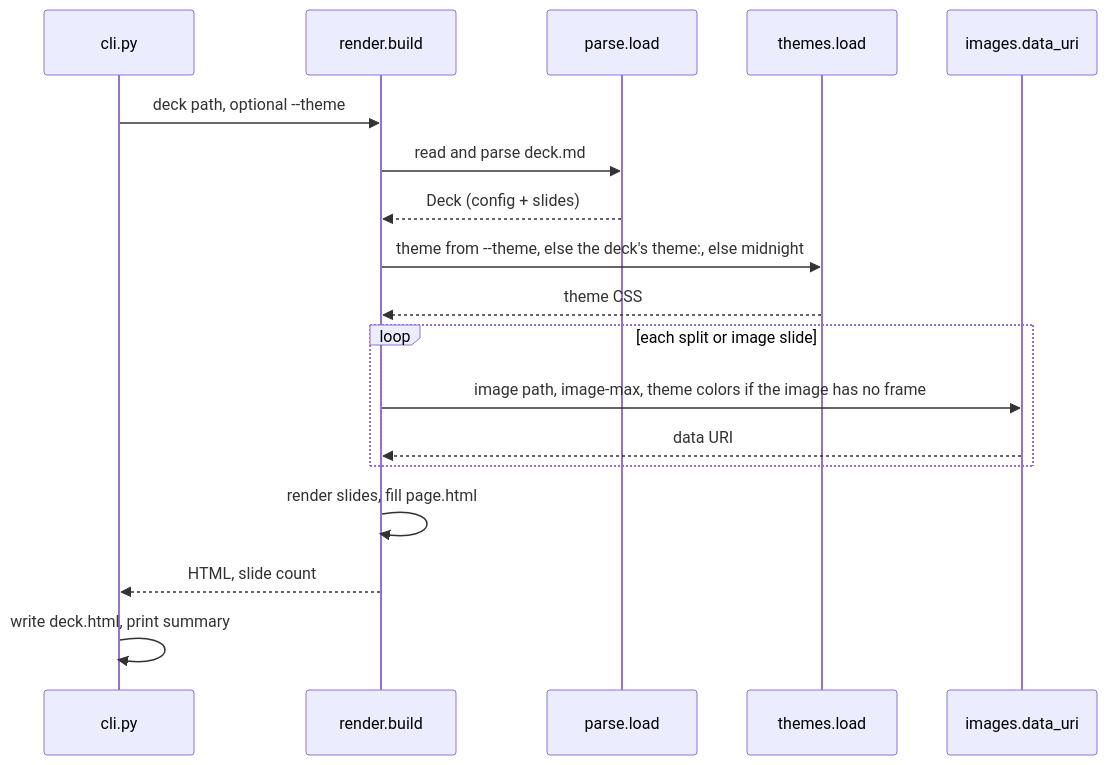
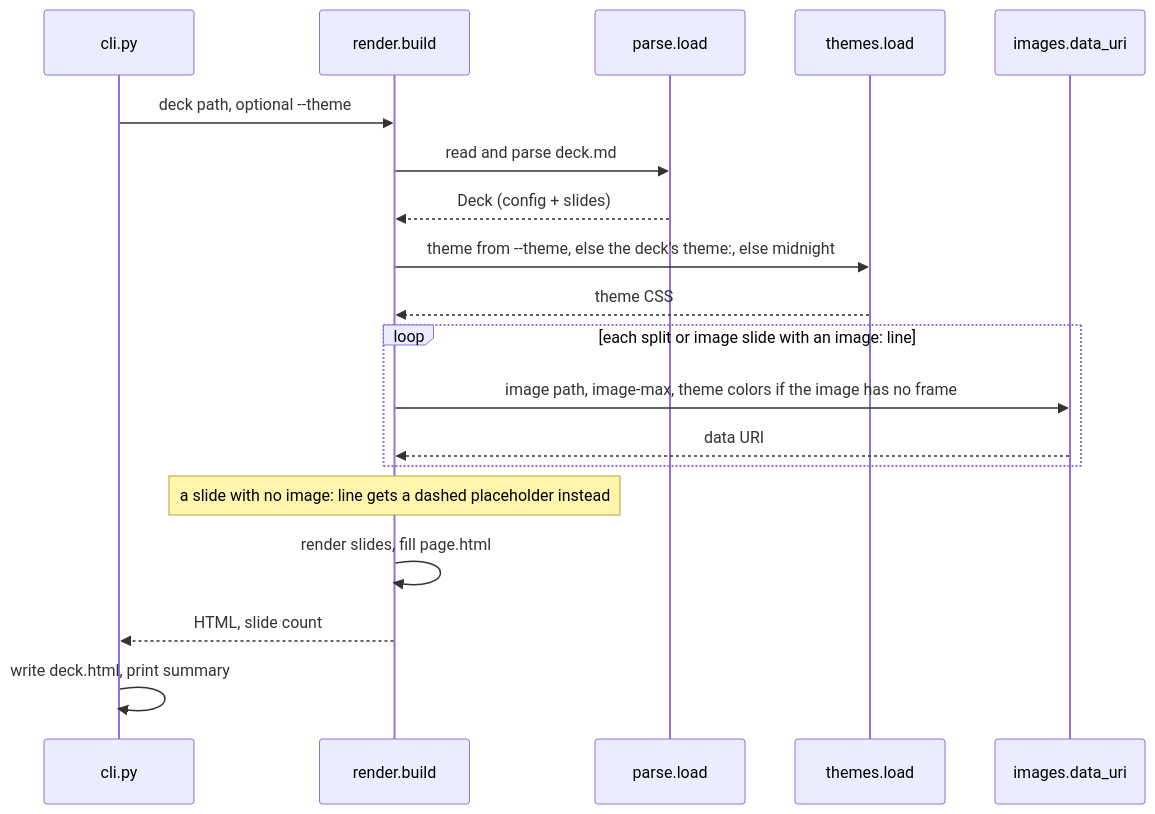
One commit to LunarCommand/akceo changed the sixth of 11 diagrams in docs/how-it-works.md. Above: the diagram before and after it, drawn with Mermaid. The commit also changed 2 other files, not shown here.

Commit message:
Ignore CSS comments when reading theme tokens
A --token: written inside a /* comment */ was read as a real
declaration. It could overwrite a token's value and swallow the next
declaration, so build() raised KeyError for any deck using that
theme, and a token set only in a comment passed the token check.
Comments are now removed before both the check and the value read.

Also note in the pipeline diagram that a slide with no image: line
skips data_uri and gets the placeholder.

````diff
--- a/docs/how-it-works.md
+++ b/docs/how-it-works.md
@@ -224,20 +224,21 @@
 ```mermaid
 sequenceDiagram
     participant CLI as cli.py
     participant R as render.build
     participant P as parse.load
     participant T as themes.load
     participant I as images.data_uri
     CLI->>R: deck path, optional --theme
     R->>P: read and parse deck.md
     P-->>R: Deck (config + slides)
     R->>T: theme from --theme, else the deck's theme:, else midnight
     T-->>R: theme CSS
-    loop each split or image slide
+    loop each split or image slide with an image: line
         R->>I: image path, image-max, theme colors if the image has no frame
         I-->>R: data URI
     end
+    Note over R: a slide with no image: line gets a dashed placeholder instead
     R->>R: render slides, fill page.html
     R-->>CLI: HTML, slide count
     CLI->>CLI: write deck.html, print summary
 ```
````
